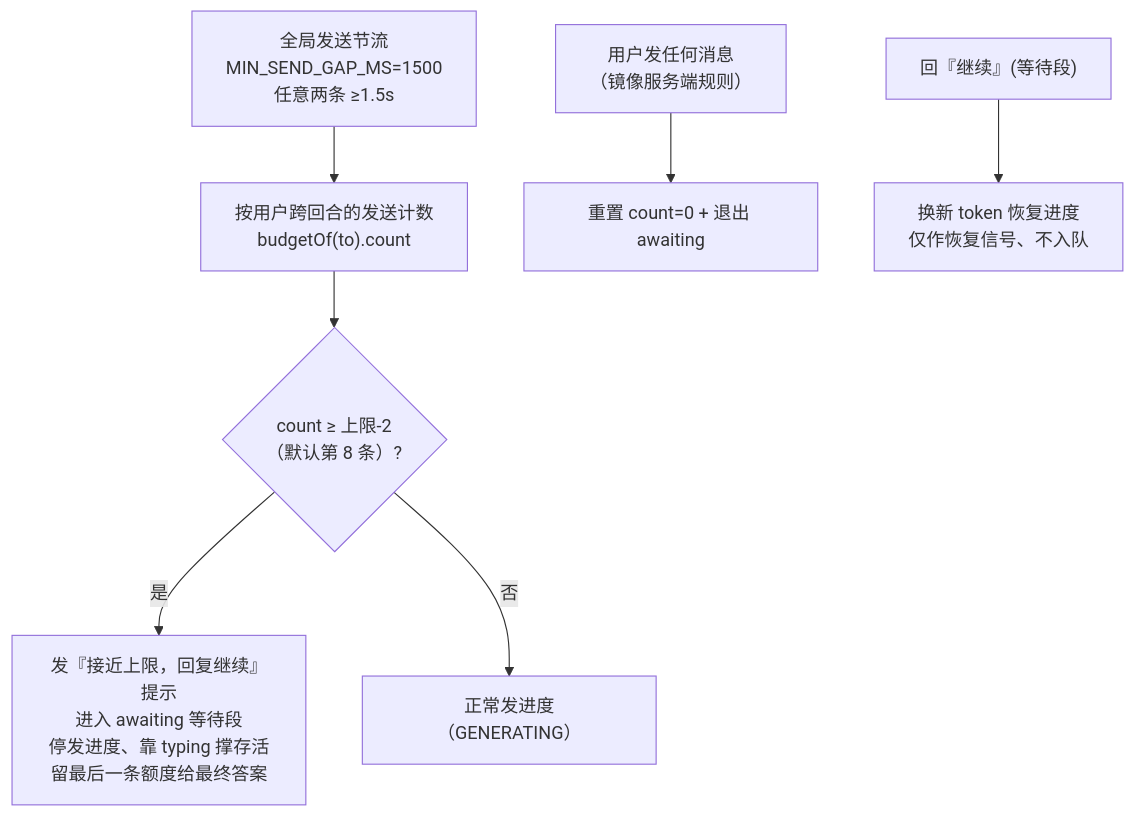
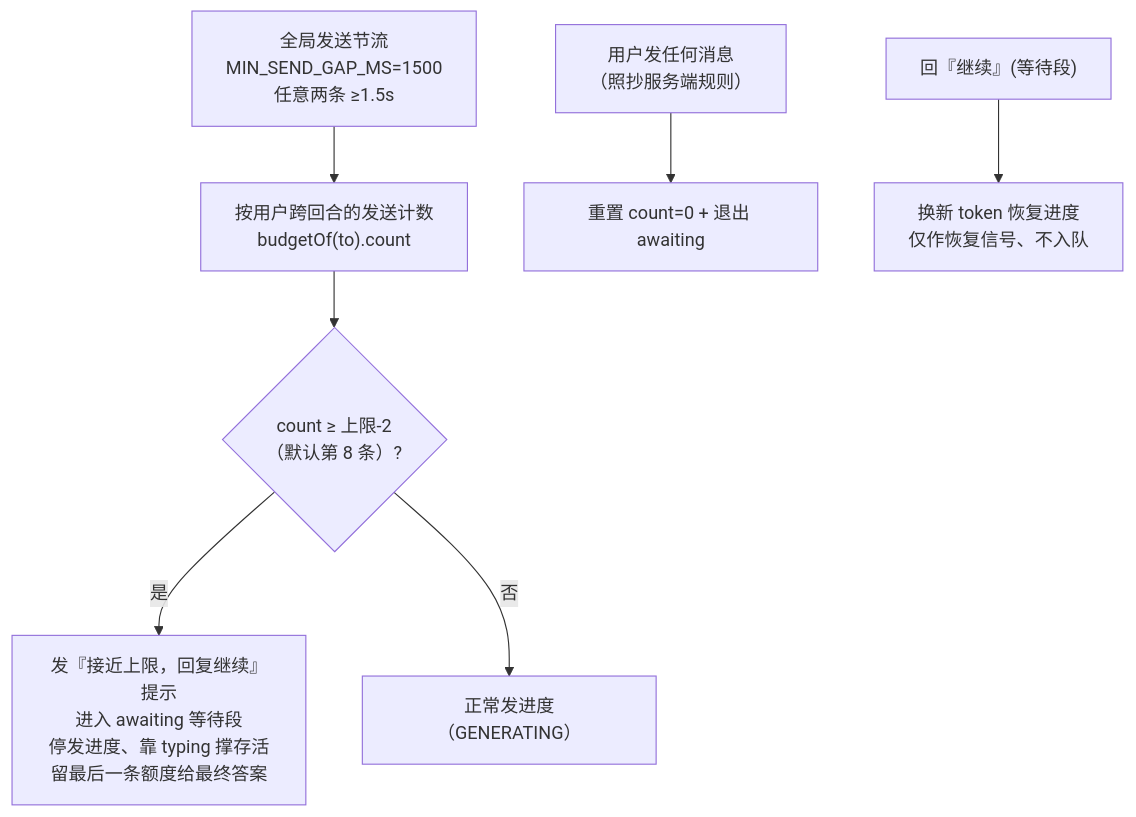
One commit to imwangpan/WeMind changed the fourth of 4 diagrams in docs/repowiki/05-守护进程-Daemon.md. Above: the diagram before and after it, drawn with Mermaid. The commit also changed other lines of this file and 57 other files, not shown here.

````diff
--- a/docs/repowiki/05-守护进程-Daemon.md
+++ b/docs/repowiki/05-守护进程-Daemon.md
@@ -186,9 +186,9 @@
 ```mermaid
 graph TD
     A["全局发送节流<br/>MIN_SEND_GAP_MS=1500<br/>任意两条 ≥1.5s"] --> B
     B["按用户跨回合的发送计数<br/>budgetOf(to).count"] --> C{"count ≥ 上限-2<br/>（默认第 8 条）?"}
     C -->|是| D["发『接近上限，回复继续』提示<br/>进入 awaiting 等待段<br/>停发进度、靠 typing 撑存活<br/>留最后一条额度给最终答案"]
     C -->|否| E["正常发进度（GENERATING）"]
-    F["用户发任何消息<br/>（镜像服务端规则）"] --> G["重置 count=0 + 退出 awaiting"]
+    F["用户发任何消息<br/>（照抄服务端规则）"] --> G["重置 count=0 + 退出 awaiting"]
     H["回『继续』(等待段)"] --> I["换新 token 恢复进度<br/>仅作恢复信号、不入队"]
 ```
````
